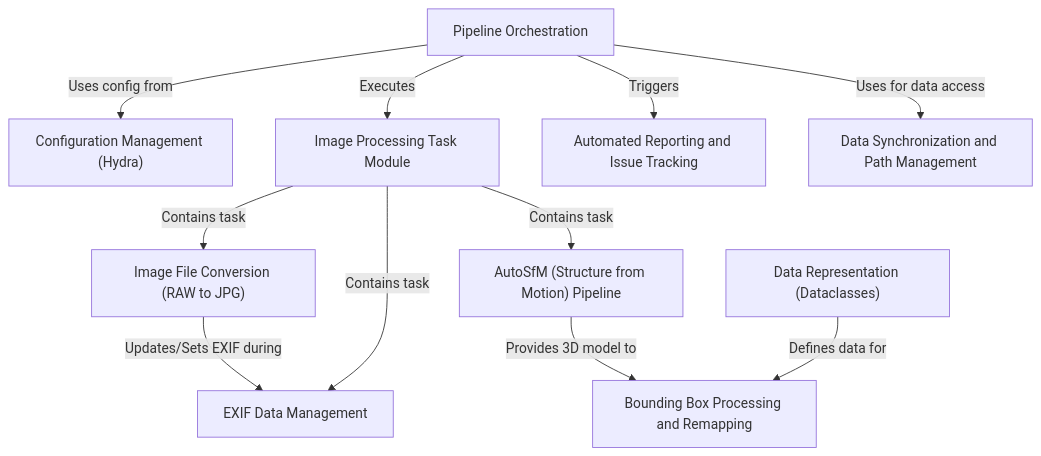
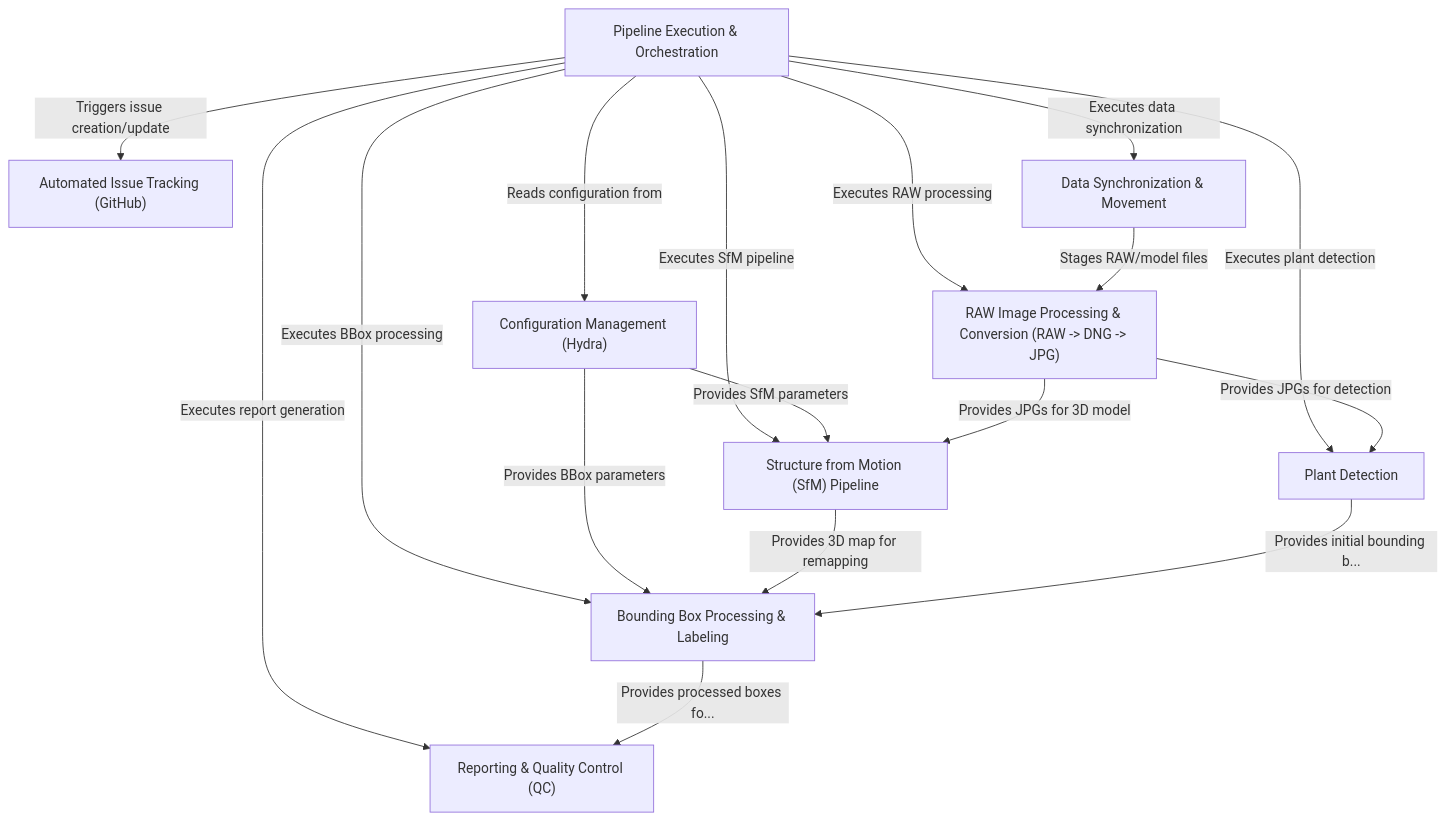
One commit to precision-sustainable-ag/SemiF-Preprocessing changed the diagram in README.md. Above: the diagram before and after it, drawn with Mermaid.

````diff
--- a/README.md
+++ b/README.md
@@ -11,33 +11,37 @@
 ```mermaid
 flowchart TD
-    A0["Pipeline Orchestration
+    A0["Pipeline Execution & Orchestration
 "]
     A1["Configuration Management (Hydra)
 "]
-    A2["Image Processing Task Module
+    A2["RAW Image Processing & Conversion (RAW -> DNG -> JPG)
 "]
-    A3["AutoSfM (Structure from Motion) Pipeline
+    A3["Structure from Motion (SfM) Pipeline
 "]
-    A4["Automated Reporting and Issue Tracking
+    A4["Plant Detection
 "]
-    A5["Data Representation (Dataclasses)
+    A5["Bounding Box Processing & Labeling
 "]
-    A6["Bounding Box Processing and Remapping
+    A6["Reporting & Quality Control (QC)
 "]
-    A7["EXIF Data Management
+    A7["Automated Issue Tracking (GitHub)
 "]
-    A8["Image File Conversion (RAW to JPG)
+    A8["Data Synchronization & Movement
 "]
-    A9["Data Synchronization and Path Management
-"]
-    A0 -- "Uses config from" --> A1
-    A0 -- "Executes" --> A2
-    A2 -- "Contains task" --> A8
-    A8 -- "Updates/Sets EXIF during" --> A7
-    A2 -- "Contains task" --> A3
-    A3 -- "Provides 3D model to" --> A6
-    A5 -- "Defines data for" --> A6
-    A0 -- "Triggers" --> A4
-    A0 -- "Uses for data access" --> A9
-    A2 -- "Contains task" --> A7
+    A0 -- "Reads configuration from" --> A1
+    A0 -- "Executes RAW processing" --> A2
+    A0 -- "Executes SfM pipeline" --> A3
+    A0 -- "Executes plant detection" --> A4
+    A0 -- "Executes BBox processing" --> A5
+    A0 -- "Executes report generation" --> A6
+    A0 -- "Triggers issue creation/update" --> A7
+    A0 -- "Executes data synchronization" --> A8
+    A1 -- "Provides SfM parameters" --> A3
+    A1 -- "Provides BBox parameters" --> A5
+    A2 -- "Provides JPGs for 3D model" --> A3
+    A2 -- "Provides JPGs for detection" --> A4
+    A3 -- "Provides 3D map for remapping" --> A5
+    A4 -- "Provides initial bounding b..." --> A5
+    A5 -- "Provides processed boxes fo..." --> A6
+    A8 -- "Stages RAW/model files" --> A2
 ```
````
